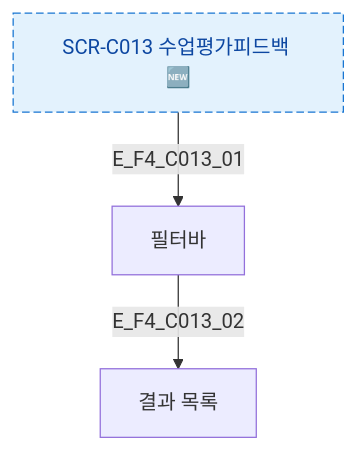
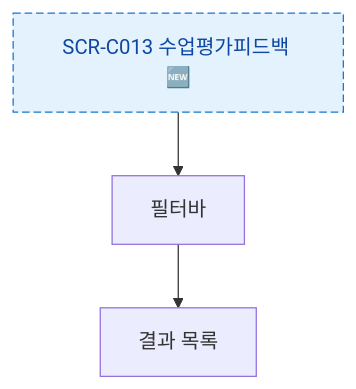
One commit to dev-spogym/admin-pando changed the diagram in docs/다이어그램/D04_수업관리/SCR-C013_수업평가피드백/F4_필터검색.md. Above: the diagram before and after it, drawn with Mermaid. The commit also changed other lines of this file and 1660 other files, not shown here.

First line of the commit message:
다이어그램: 기획자/클라이언트 납품본으로 정리

````diff
--- a/docs/다이어그램/D04_수업관리/SCR-C013_수업평가피드백/F4_필터검색.md
+++ b/docs/다이어그램/D04_수업관리/SCR-C013_수업평가피드백/F4_필터검색.md
@@ -20,10 +18,10 @@
 ```mermaid
 flowchart TD
   SCR_NODE[SCR-C013 수업평가피드백 🆕]
-  SCR_NODE -->|E_F4_C013_01| FilterBar[필터바]
-  FilterBar -->|E_F4_C013_02| Result[결과 목록]
+  SCR_NODE --> FilterBar[필터바]
+  FilterBar --> Result[결과 목록]
   classDef screen fill:#E3F2FD,stroke:#1976D2,color:#0D47A1
   classDef newFeature fill:#F3E5F5,stroke:#7B1FA2,color:#4A148C,stroke-dasharray:6 3
   class SCR_NODE newFeature
   class SCR_NODE screen
 ```
````
